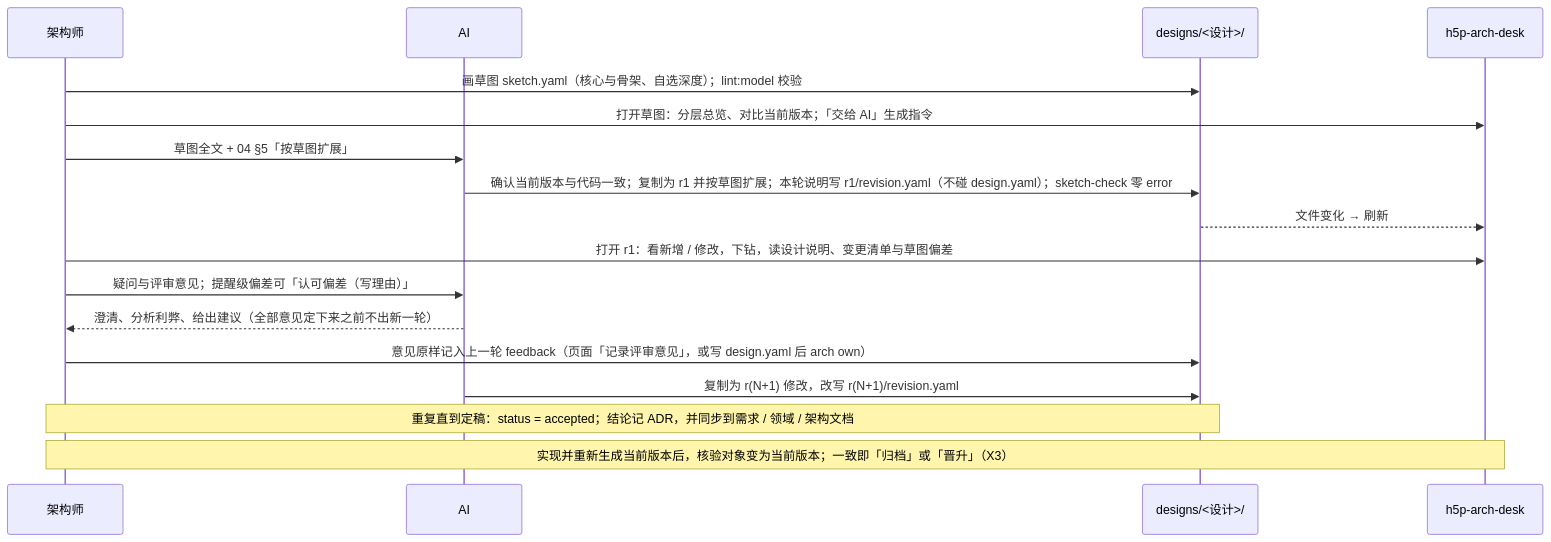
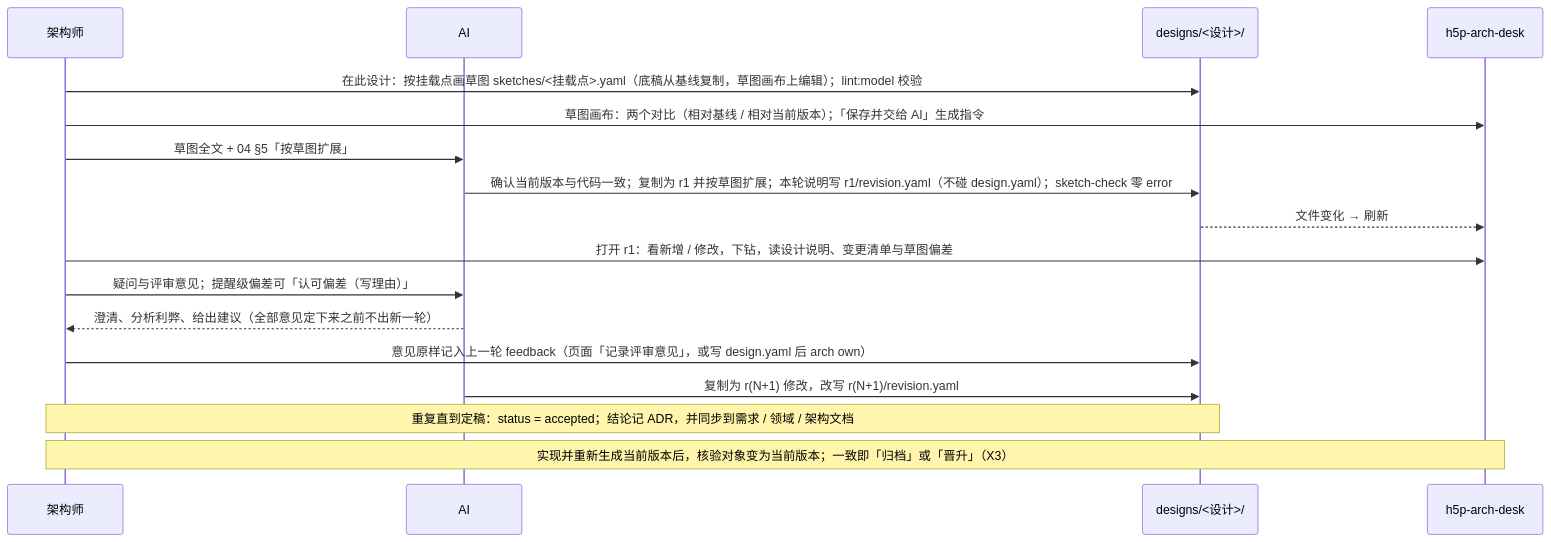
Before and after one commit to bulengjianghu/archdeck: the diagram in docs/architecture/loading-and-versions.md, drawn with Mermaid. The commit also changed other lines of this file and 10 other files, not shown here.

````diff
--- a/docs/architecture/loading-and-versions.md
+++ b/docs/architecture/loading-and-versions.md
@@ -98,20 +98,20 @@
 ```mermaid
 sequenceDiagram
     participant A as 架构师
     participant AI as AI
     participant F as designs/<设计>/
     participant UI as h5p-arch-desk
 
-    A->>F: 画草图 sketch.yaml（核心与骨架、自选深度）；lint:model 校验
-    A->>UI: 打开草图：分层总览、对比当前版本；「交给 AI」生成指令
+    A->>F: 在此设计：按挂载点画草图 sketches/<挂载点>.yaml（底稿从基线复制，草图画布上编辑）；lint:model 校验
+    A->>UI: 草图画布：两个对比（相对基线 / 相对当前版本）；「保存并交给 AI」生成指令
     A->>AI: 草图全文 + 04 §5「按草图扩展」
     AI->>F: 确认当前版本与代码一致；复制为 r1 并按草图扩展；本轮说明写 r1/revision.yaml（不碰 design.yaml）；sketch-check 零 error
     F-->>UI: 文件变化 → 刷新
     A->>UI: 打开 r1：看新增 / 修改，下钻，读设计说明、变更清单与草图偏差
     A->>AI: 疑问与评审意见；提醒级偏差可「认可偏差（写理由）」
     AI-->>A: 澄清、分析利弊、给出建议（全部意见定下来之前不出新一轮）
     A->>F: 意见原样记入上一轮 feedback（页面「记录评审意见」，或写 design.yaml 后 arch own）
     AI->>F: 复制为 r(N+1) 修改，改写 r(N+1)/revision.yaml
     Note over A,F: 重复直到定稿：status = accepted；结论记 ADR，并同步到需求 / 领域 / 架构文档
     Note over A,UI: 实现并重新生成当前版本后，核验对象变为当前版本；一致即「归档」或「晋升」（X3）
 ```
````
